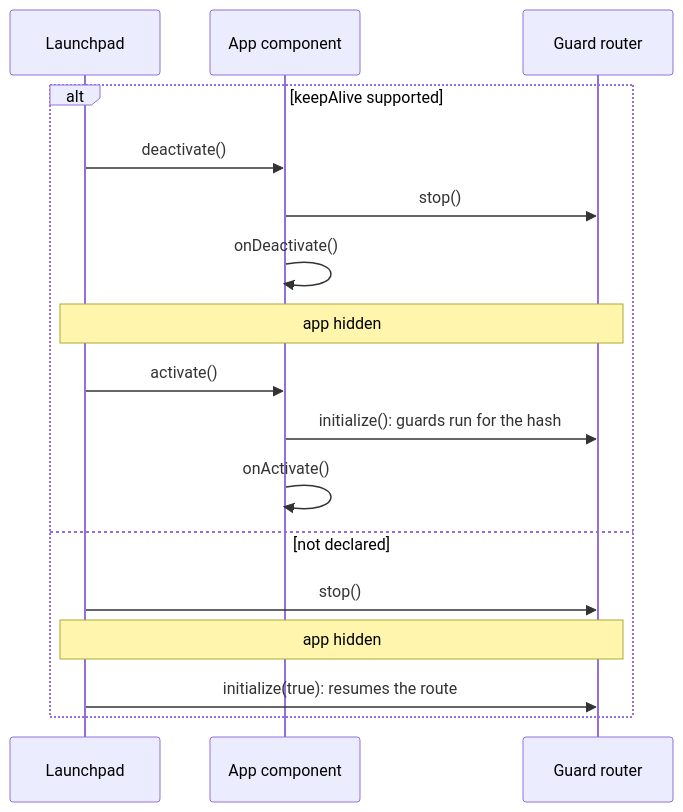
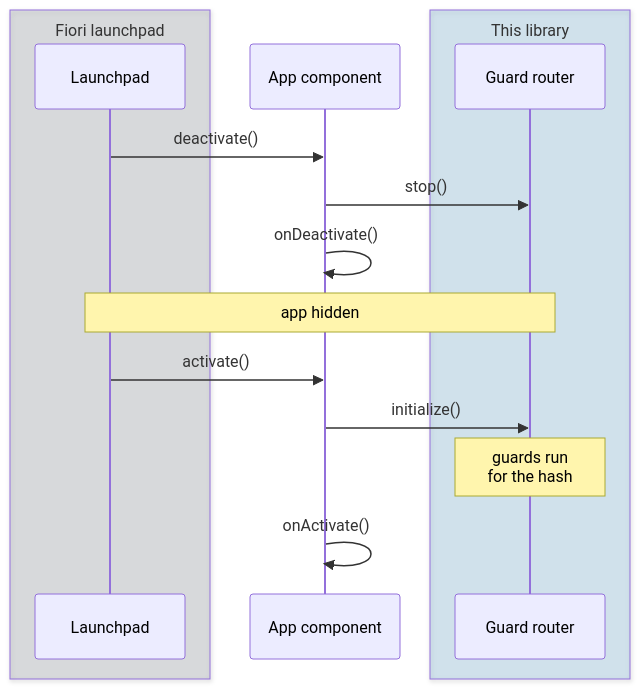
Before and after one commit to wridgeu/ui5-lib-guard-router: the second of 9 diagrams in packages/lib/README.md, drawn with Mermaid. The commit also changed other lines of this file and 202 other files, not shown here.

First line of the commit message:
fix: audit findings in router, demo app, tooling and docs (#72)

````diff
--- a/packages/lib/README.md
+++ b/packages/lib/README.md
@@ -984,19 +938,18 @@
 ```mermaid
 sequenceDiagram
-    participant Shell as Launchpad
+    box rgba(110, 119, 129, 0.2) Fiori launchpad
+        participant Shell as Launchpad
+    end
     participant Comp as App component
-    participant Router as Guard router
-    alt keepAlive supported
-        Shell->>Comp: deactivate()
-        Comp->>Router: stop()
-        Comp->>Comp: onDeactivate()
-        Note over Shell,Router: app hidden
-        Shell->>Comp: activate()
-        Comp->>Router: initialize(): guards run for the hash
-        Comp->>Comp: onActivate()
-    else not declared
-        Shell->>Router: stop()
-        Note over Shell,Router: app hidden
-        Shell->>Router: initialize(true): resumes the route
+    box rgba(0, 114, 178, 0.15) This library
+        participant Router as Guard router
     end
+    Shell->>Comp: deactivate()
+    Comp->>Router: stop()
+    Comp->>Comp: onDeactivate()
+    Note over Shell,Router: app hidden
+    Shell->>Comp: activate()
+    Comp->>Router: initialize()
+    Note over Router: guards run<br/>for the hash
+    Comp->>Comp: onActivate()
 ```
````
